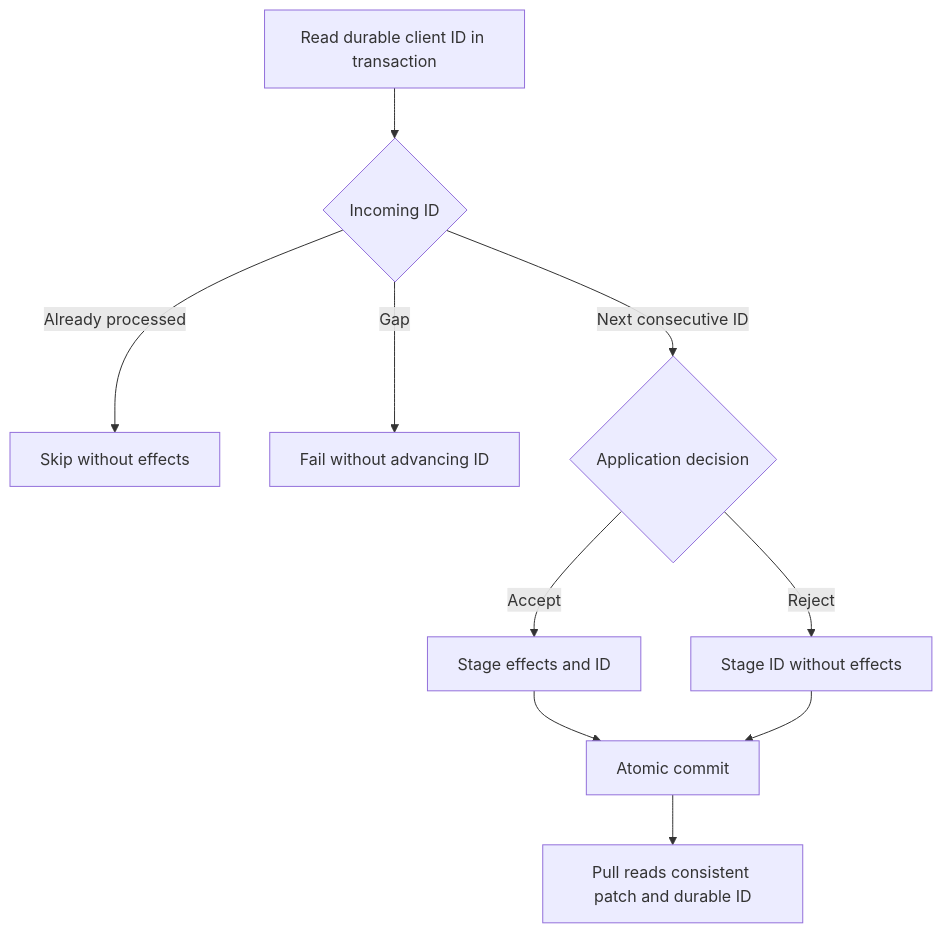
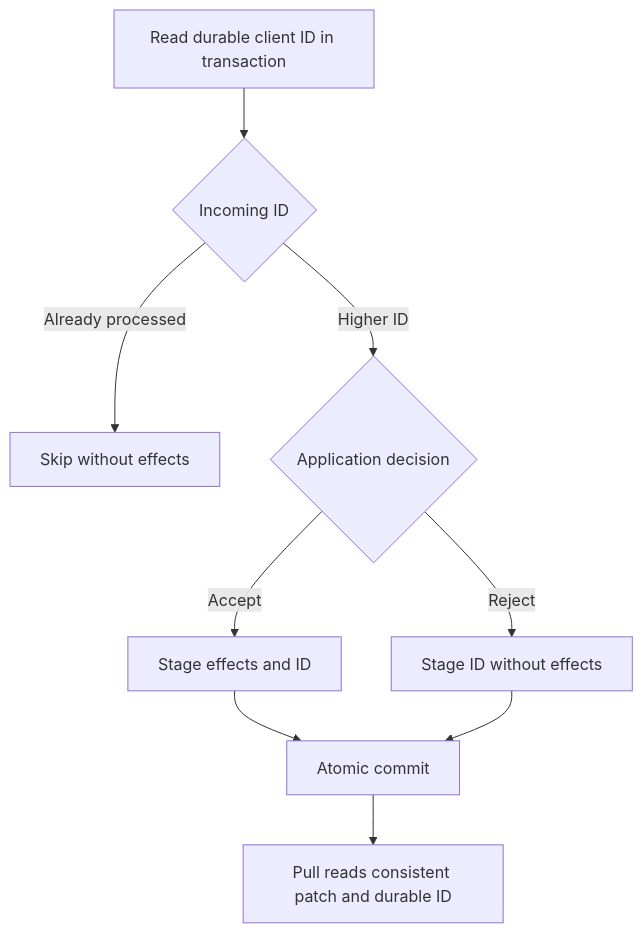
Before and after one commit to tanishqkancharla/tandem: the sixth of 9 diagrams in specs/retry-unacknowledged-pushes.md, drawn with Mermaid. The commit also changed other lines of this file, not shown here.

````diff
--- a/specs/retry-unacknowledged-pushes.md
+++ b/specs/retry-unacknowledged-pushes.md
@@ -127,12 +172,11 @@
 ```mermaid
 flowchart TD
     A[Read durable client ID in transaction] --> B{Incoming ID}
     B -->|Already processed| C[Skip without effects]
-    B -->|Gap| D[Fail without advancing ID]
-    B -->|Next consecutive ID| E{Application decision}
+    B -->|Higher ID| E{Application decision}
     E -->|Accept| F[Stage effects and ID]
     E -->|Reject| G[Stage ID without effects]
     F --> H[Atomic commit]
     G --> H
     H --> I[Pull reads consistent patch and durable ID]
 ```
````
